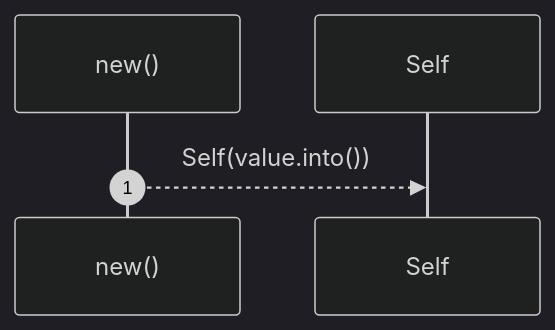
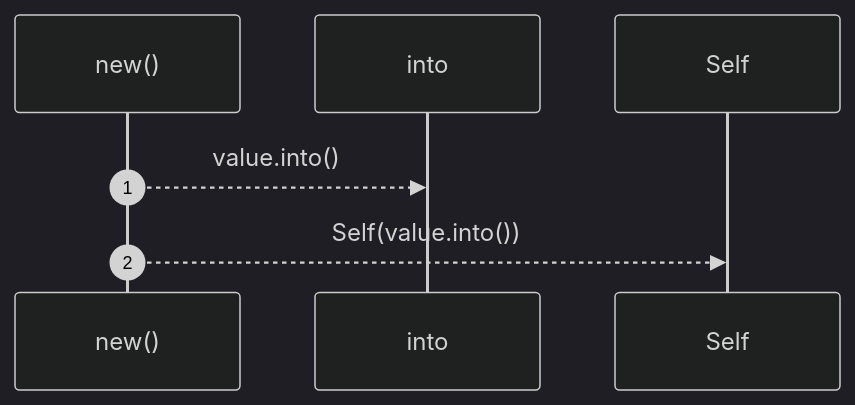
The first of 3 diagrams in docs/self-model/robby_ir/kind/impl-kind.md (RyanGuild/self-describing-code), drawn with Mermaid (dark theme) before and after one commit. The commit also changed other lines of this file and 1404 other files, not shown here.

````diff
--- a/docs/self-model/robby_ir/kind/impl-kind.md
+++ b/docs/self-model/robby_ir/kind/impl-kind.md
@@ -43,7 +82,9 @@
 ```mermaid
 sequenceDiagram
     autonumber
     participant new as new()
+    participant into as into
     participant Self as Self
+    new-->>into: value.into()
     new-->>Self: Self(value.into())
 ```
````
